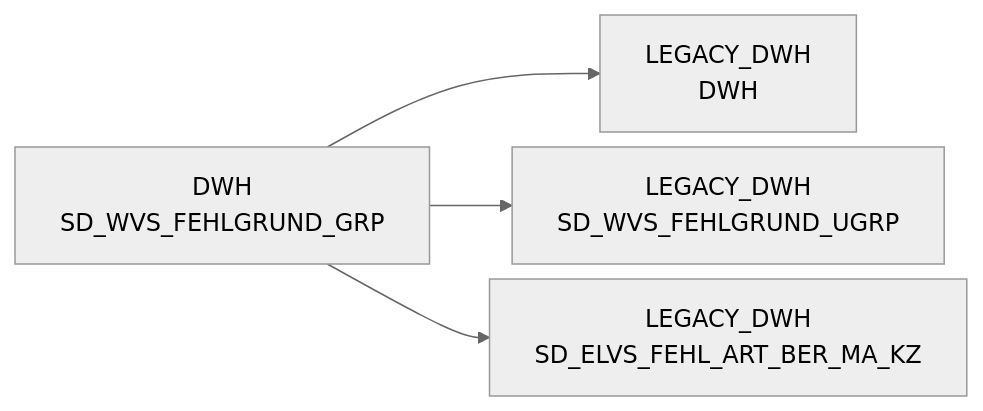
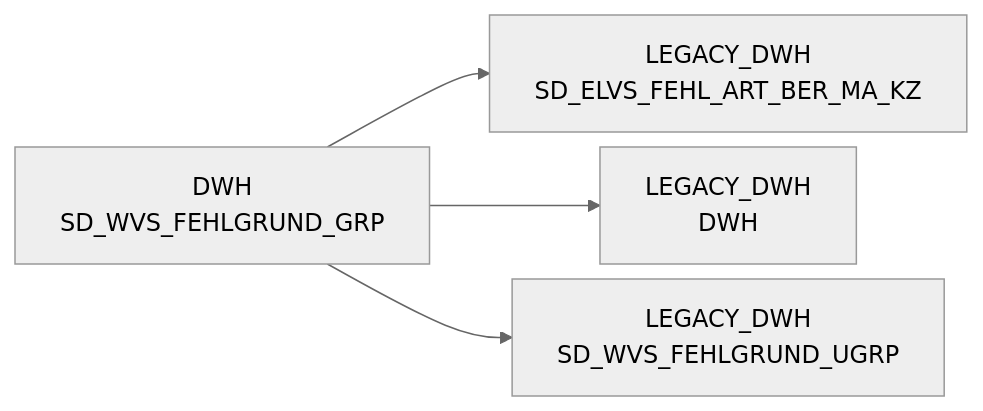
The diagram in docs/Tables/DWH/SD_WVS_FEHLGRUND_GRP.md (integration-factory-de/sas_code_docs), drawn with Mermaid (neutral theme) before and after one commit. The commit also changed other lines of this file and 129 other files, not shown here.

````diff
--- a/docs/Tables/DWH/SD_WVS_FEHLGRUND_GRP.md
+++ b/docs/Tables/DWH/SD_WVS_FEHLGRUND_GRP.md
@@ -9,15 +17,15 @@
 ```mermaid
 %%{init: {'flowchart': { 'nodeSpacing': 10, 'rankSpacing': 40, 'rankdir': 'TB' }}}%%
 
 flowchart LR
 
+  DWH.SD_WVS_FEHLGRUND_GRP["DWH<br/>SD_WVS_FEHLGRUND_GRP"] --> LEGACY_DWH.SD_ELVS_FEHL_ART_BER_MA_KZ["LEGACY_DWH<br/>SD_ELVS_FEHL_ART_BER_MA_KZ"]
   DWH.SD_WVS_FEHLGRUND_GRP["DWH<br/>SD_WVS_FEHLGRUND_GRP"] --> LEGACY_DWH.DWH["LEGACY_DWH<br/>DWH"]
   DWH.SD_WVS_FEHLGRUND_GRP["DWH<br/>SD_WVS_FEHLGRUND_GRP"] --> LEGACY_DWH.SD_WVS_FEHLGRUND_UGRP["LEGACY_DWH<br/>SD_WVS_FEHLGRUND_UGRP"]
-  DWH.SD_WVS_FEHLGRUND_GRP["DWH<br/>SD_WVS_FEHLGRUND_GRP"] --> LEGACY_DWH.SD_ELVS_FEHL_ART_BER_MA_KZ["LEGACY_DWH<br/>SD_ELVS_FEHL_ART_BER_MA_KZ"]
   click DWH.SD_WVS_FEHLGRUND_GRP "../../tables/DWH/SD_WVS_FEHLGRUND_GRP"
   click DWH.SD_WVS_FEHLGRUND_GRP "../../tables/DWH/SD_WVS_FEHLGRUND_GRP"
   click DWH.SD_WVS_FEHLGRUND_GRP "../../tables/DWH/SD_WVS_FEHLGRUND_GRP"
+  click LEGACY_DWH.SD_ELVS_FEHL_ART_BER_MA_KZ "../../tables/LEGACY_DWH/SD_ELVS_FEHL_ART_BER_MA_KZ"
   click LEGACY_DWH.DWH "../../tables/LEGACY_DWH/DWH"
   click LEGACY_DWH.SD_WVS_FEHLGRUND_UGRP "../../tables/LEGACY_DWH/SD_WVS_FEHLGRUND_UGRP"
-  click LEGACY_DWH.SD_ELVS_FEHL_ART_BER_MA_KZ "../../tables/LEGACY_DWH/SD_ELVS_FEHL_ART_BER_MA_KZ"
 ```
````
